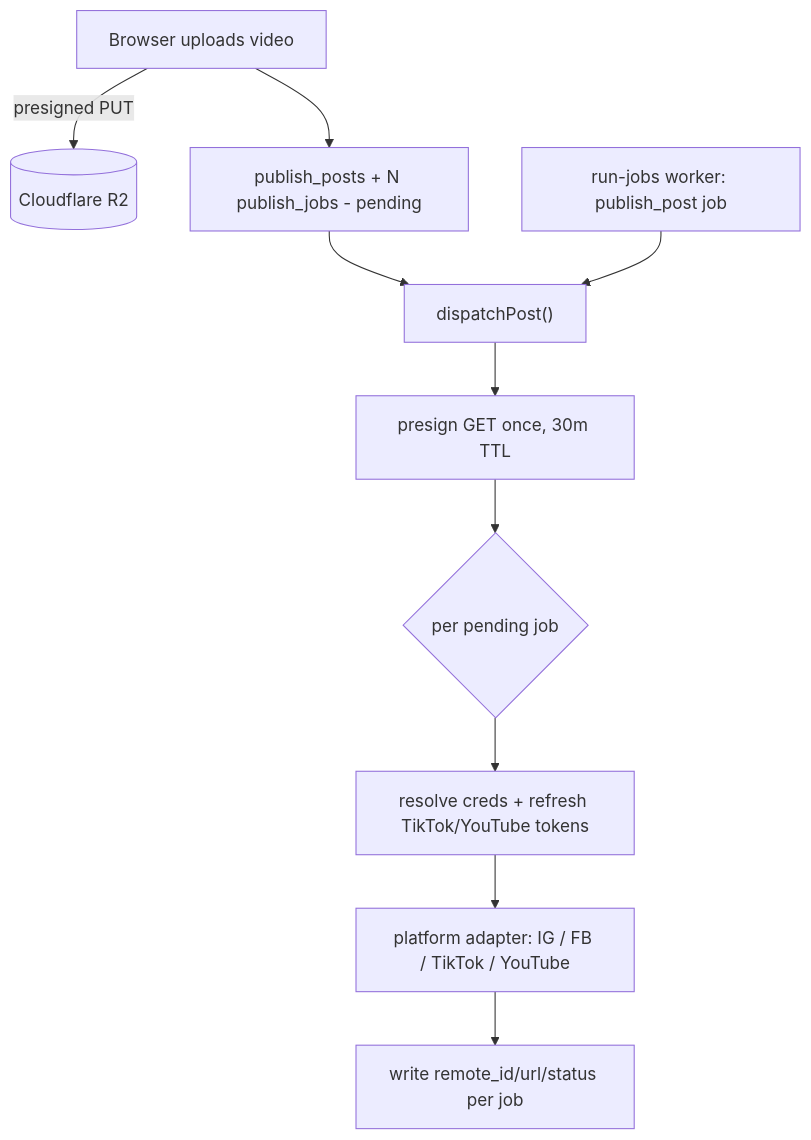
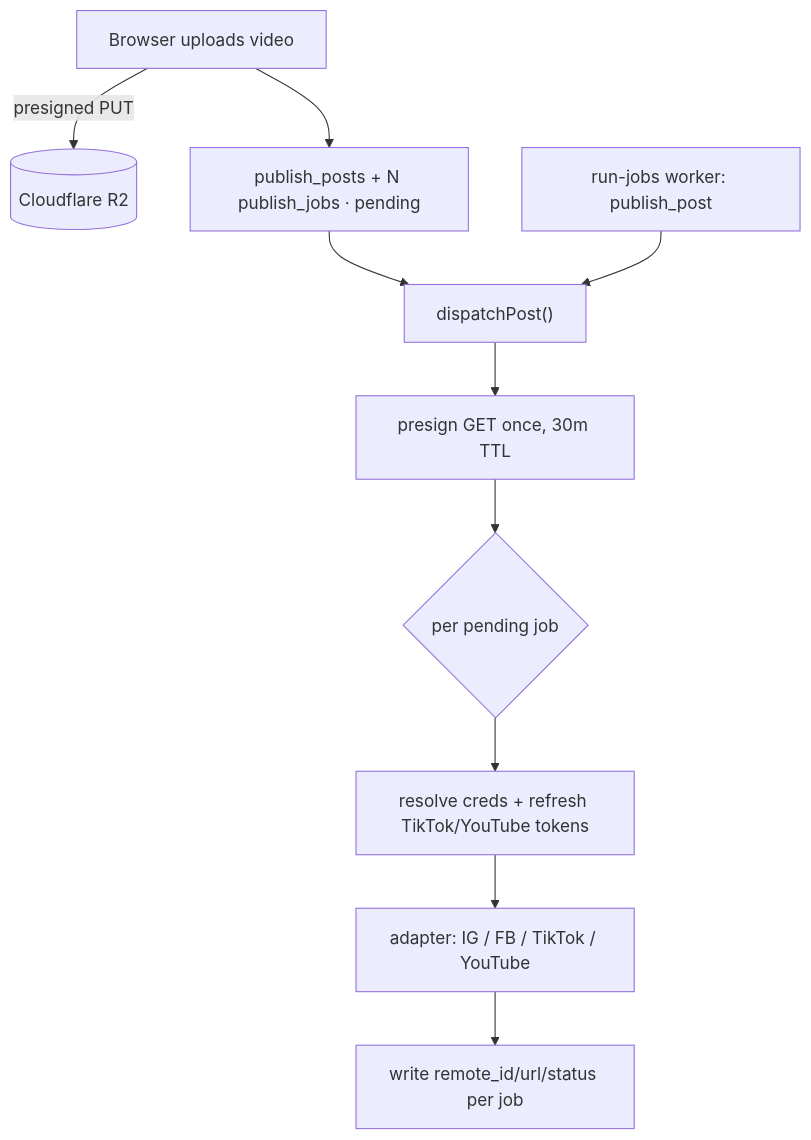
One commit to EngMajdSayedTaha/reelspy changed the tenth of 11 diagrams in docs/product/01-technical-documentation.md. Above: the diagram before and after it, drawn with Mermaid. The commit also changed other lines of this file and 11 other files, not shown here.

````diff
--- a/docs/product/01-technical-documentation.md
+++ b/docs/product/01-technical-documentation.md
@@ -337,12 +386,12 @@
 ```mermaid
 flowchart TB
     UP[Browser uploads video] -->|presigned PUT| R2[(Cloudflare R2)]
-    UP --> POST[publish_posts + N publish_jobs - pending]
+    UP --> POST[publish_posts + N publish_jobs · pending]
     POST --> DISP["dispatchPost()"]
     DISP --> SIGN[presign GET once, 30m TTL]
     SIGN --> LOOP{per pending job}
     LOOP --> CRED[resolve creds + refresh TikTok/YouTube tokens]
-    CRED --> AD[platform adapter: IG / FB / TikTok / YouTube]
+    CRED --> AD[adapter: IG / FB / TikTok / YouTube]
     AD --> WB[write remote_id/url/status per job]
-    CRON[run-jobs worker: publish_post job] --> DISP
+    CRON[run-jobs worker: publish_post] --> DISP
 ```
````
